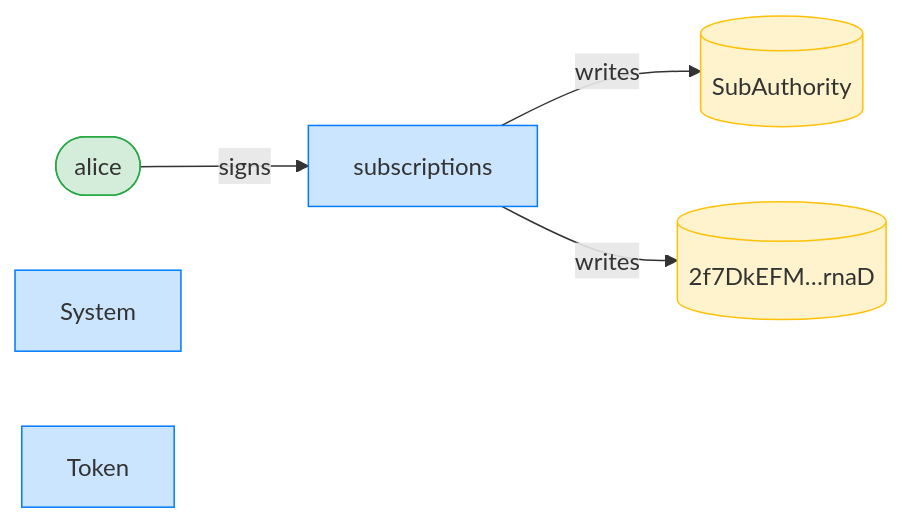
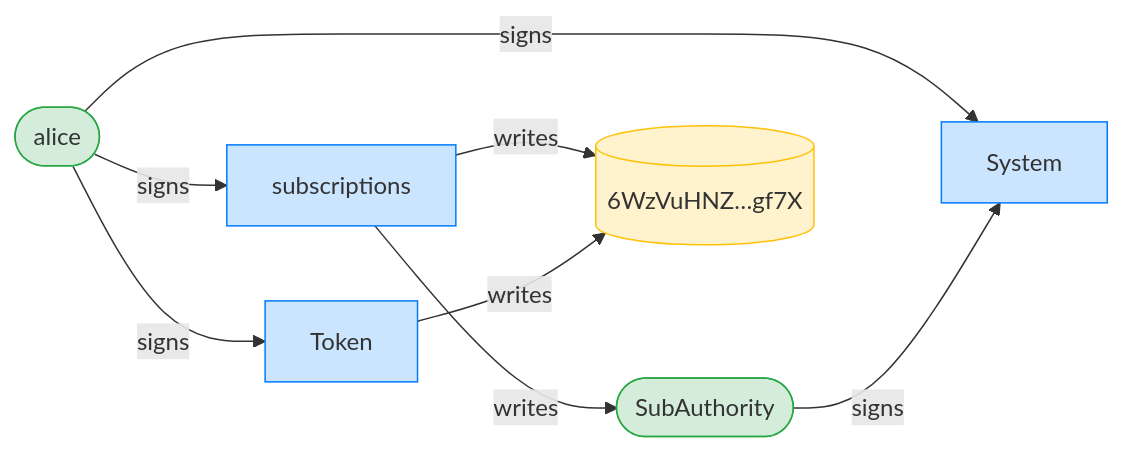
The third of 12 diagrams in dsl_tests/fixed-transfer-succeeds.md (cds-rs/subscriptions), drawn with Mermaid before and after one commit. The commit also changed other lines of this file and 224 other files, not shown here.

````diff
--- a/dsl_tests/fixed-transfer-succeeds.md
+++ b/dsl_tests/fixed-transfer-succeeds.md
@@ -55,15 +56,19 @@
 ```mermaid
 flowchart LR
     classDef signer fill:#d4edda,stroke:#28a745;
     classDef program fill:#cce5ff,stroke:#007bff;
     classDef writable fill:#fff3cd,stroke:#ffc107;
     subscriptions[subscriptions]:::program
     alice([alice]):::signer
-    SubAuthority[(SubAuthority)]:::writable
-    2f7DkEFM_rnaD[("2f7DkEFM…rnaD")]:::writable
+    SubAuthority([SubAuthority]):::signer
+    6WzVuHNZ_gf7X[("6WzVuHNZ…gf7X")]:::writable
     System[System]:::program
     Token[Token]:::program
     alice -->|signs| subscriptions
+    alice -->|signs| System
+    SubAuthority -->|signs| System
+    alice -->|signs| Token
     subscriptions -->|writes| SubAuthority
-    subscriptions -->|writes| 2f7DkEFM_rnaD
+    subscriptions -->|writes| 6WzVuHNZ_gf7X
+    Token -->|writes| 6WzVuHNZ_gf7X
 ```
````
